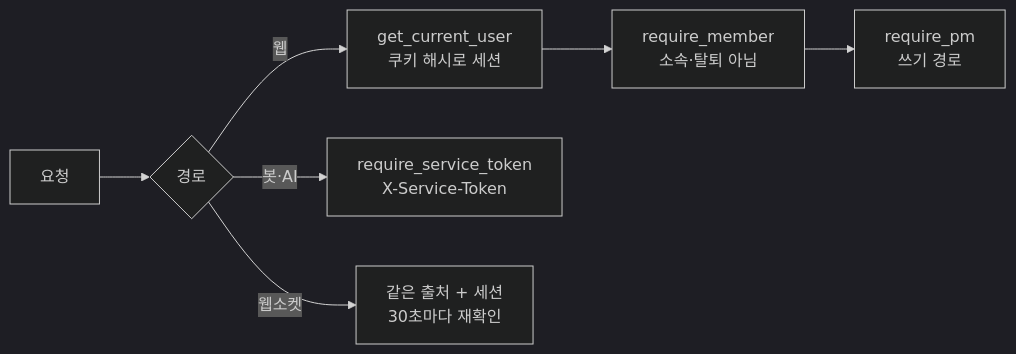
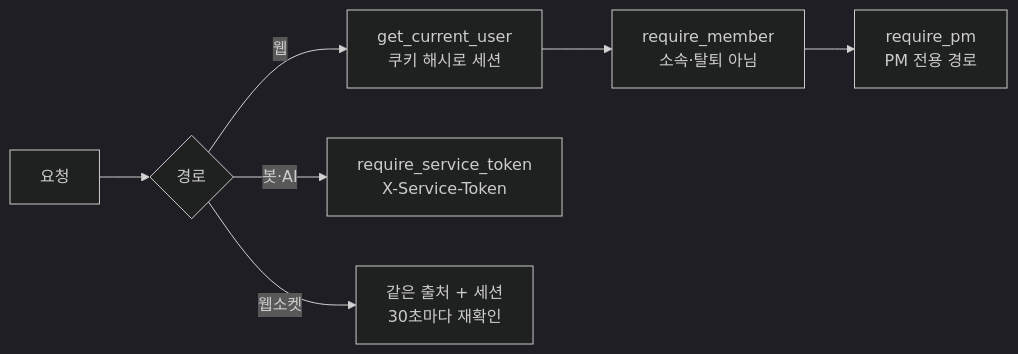
One commit to kakaotechcampus-4/ktc4-kyungpook-3 changed the diagram in docs/design/backend/security.md. Above: the diagram before and after it, drawn with Mermaid (dark theme). The commit also changed other lines of this file, not shown here.

````diff
--- a/docs/design/backend/security.md
+++ b/docs/design/backend/security.md
@@ -33,9 +33,9 @@
 ```mermaid
 flowchart LR
     R[요청] --> K{경로}
     K -->|웹| S[get_current_user<br/>쿠키 해시로 세션]
     S --> M[require_member<br/>소속·탈퇴 아님]
-    M --> P[require_pm<br/>쓰기 경로]
+    M --> P[require_pm<br/>PM 전용 경로]
     K -->|봇·AI| T[require_service_token<br/>X-Service-Token]
     K -->|웹소켓| W[같은 출처 + 세션<br/>30초마다 재확인]
 ```
````
